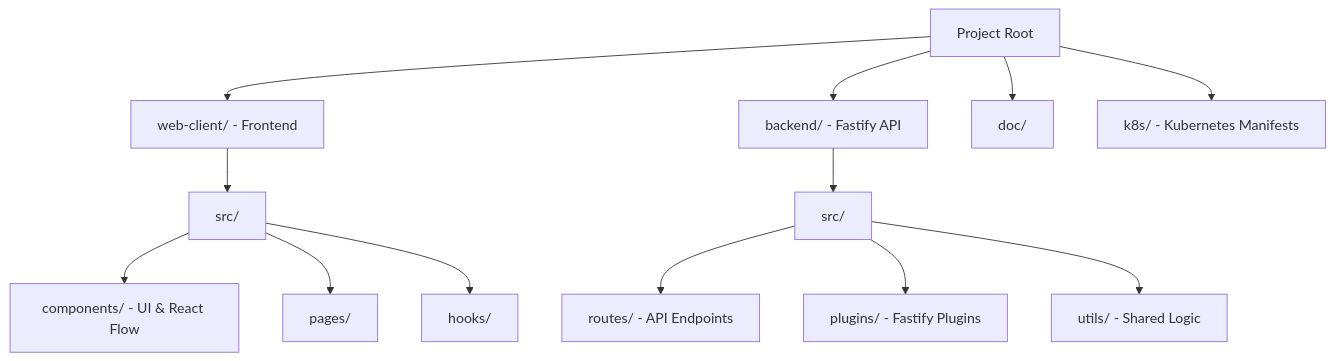
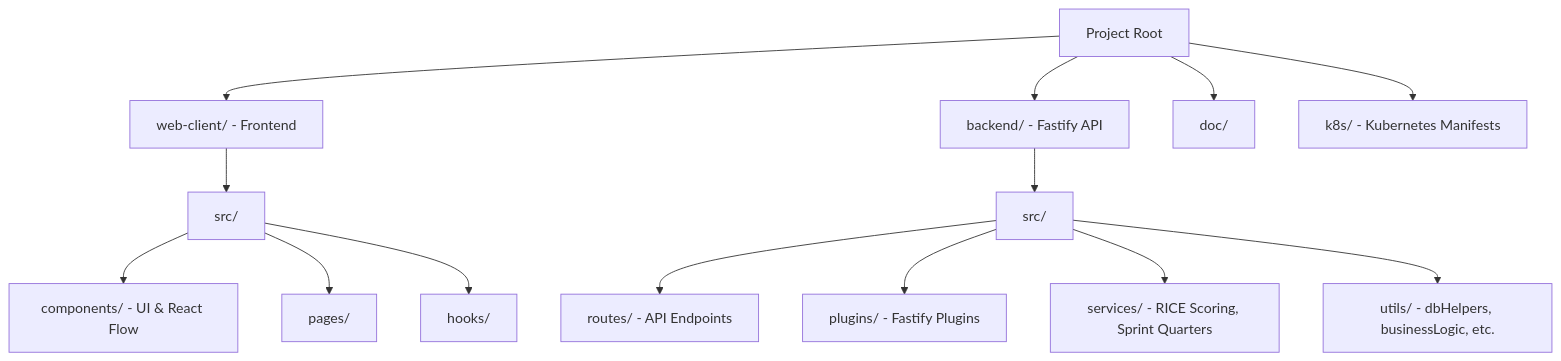
One commit to AlesKracik/ValueStream-DependencyTree changed the fourth of 4 diagrams in doc/ARCHITECTURE.md. Above: the diagram before and after it, drawn with Mermaid. The commit also changed other lines of this file and 22 other files, not shown here.

````diff
--- a/doc/ARCHITECTURE.md
+++ b/doc/ARCHITECTURE.md
@@ -177,23 +178,24 @@
 ```mermaid
 graph TD
     root[Project Root]
     web[web-client/ - Frontend]
     api[backend/ - Fastify API]
     docs[doc/]
     k8s[k8s/ - Kubernetes Manifests]
 
     root --> web
     root --> api
     root --> docs
     root --> k8s
 
     api --> api_src[src/]
     api_src --> routes[routes/ - API Endpoints]
     api_src --> plugins[plugins/ - Fastify Plugins]
-    api_src --> util[utils/ - Shared Logic]
+    api_src --> services[services/ - RICE Scoring, Sprint Quarters]
+    api_src --> util[utils/ - dbHelpers, businessLogic, etc.]
 
     web --> web_src[src/]
     web_src --> components[components/ - UI & React Flow]
     web_src --> pages[pages/]
     web_src --> hooks[hooks/]
 ```
````
